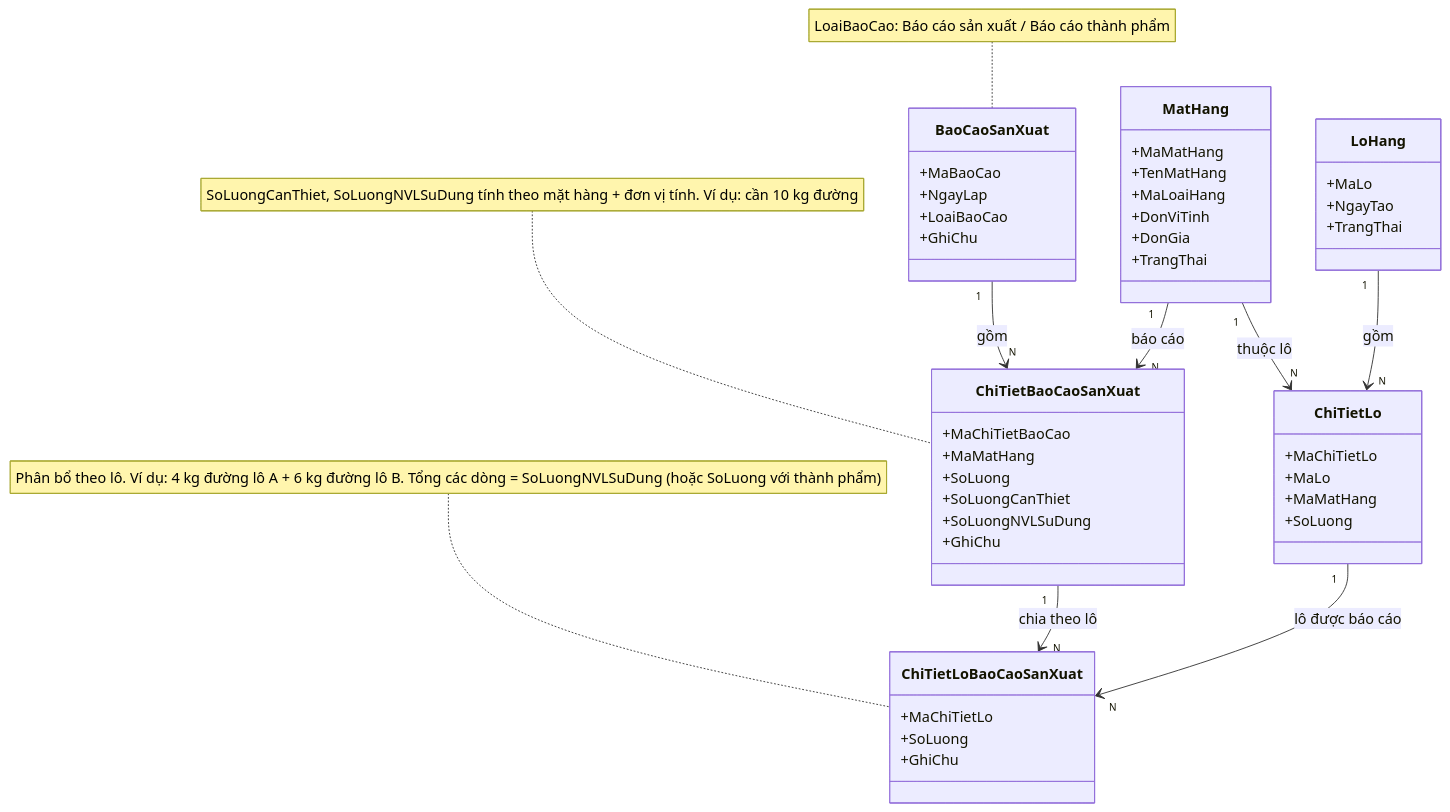
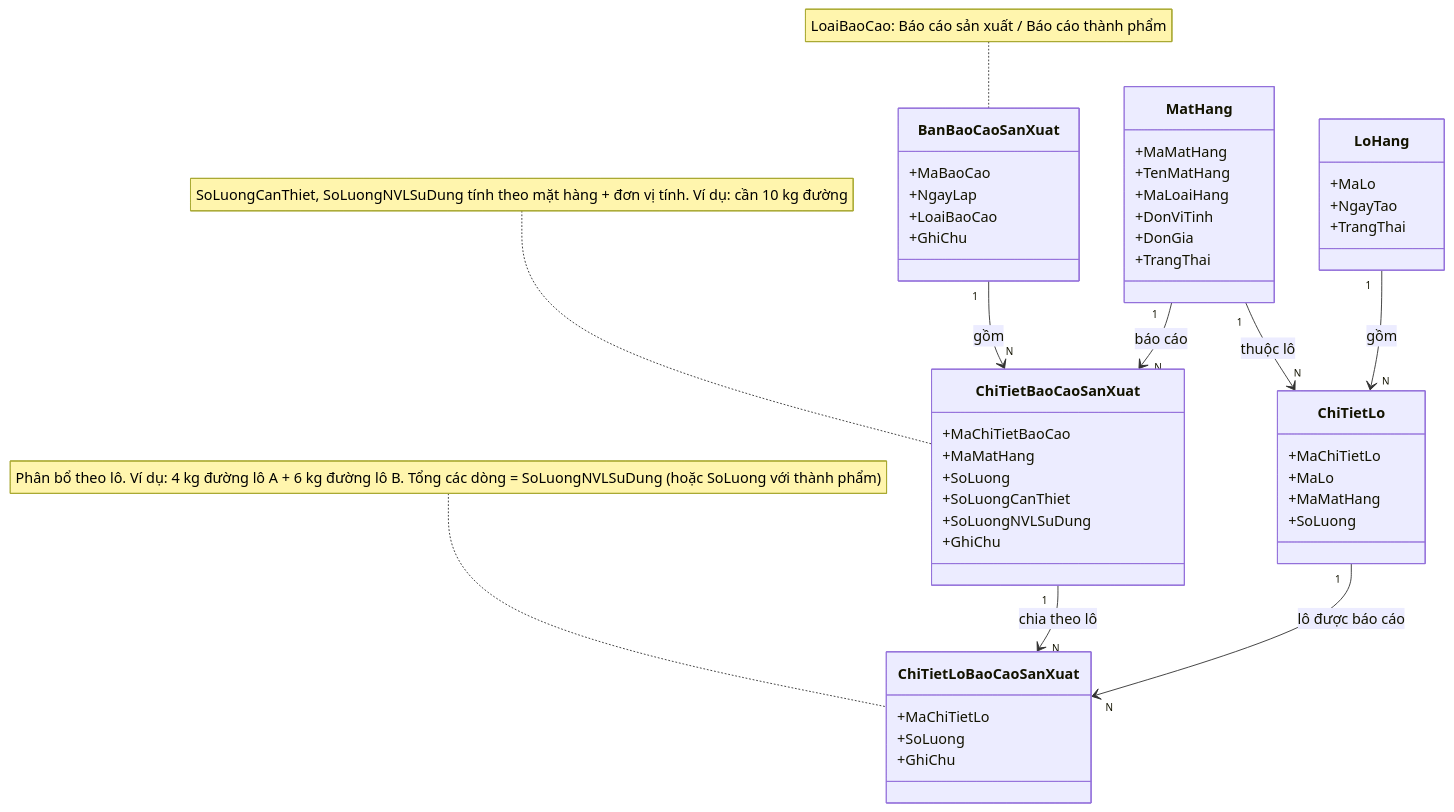
Before and after one commit to vthaix/WarehouseSystem: diagram 12 of 14 in app/docs/DOMAIN_MODEL.md, drawn with Mermaid. The commit also changed other lines of this file, not shown here.

````diff
--- a/app/docs/DOMAIN_MODEL.md
+++ b/app/docs/DOMAIN_MODEL.md
@@ -612,60 +612,60 @@
 ```mermaid
 classDiagram
 
-    class BaoCaoSanXuat {
+    class BanBaoCaoSanXuat {
         +MaBaoCao
         +NgayLap
         +LoaiBaoCao
         +GhiChu
     }
 
     class ChiTietBaoCaoSanXuat {
         +MaChiTietBaoCao
         +MaMatHang
         +SoLuong
         +SoLuongCanThiet
         +SoLuongNVLSuDung
         +GhiChu
     }
 
     class ChiTietLoBaoCaoSanXuat {
         +MaChiTietLo
         +SoLuong
         +GhiChu
     }
 
     class MatHang {
         +MaMatHang
         +TenMatHang
         +MaLoaiHang
         +DonViTinh
         +DonGia
         +TrangThai
     }
 
     class LoHang {
         +MaLo
         +NgayTao
         +TrangThai
     }
 
     class ChiTietLo {
         +MaChiTietLo
         +MaLo
         +MaMatHang
         +SoLuong
     }
 
-    BaoCaoSanXuat "1" --> "N" ChiTietBaoCaoSanXuat : gồm
+    BanBaoCaoSanXuat "1" --> "N" ChiTietBaoCaoSanXuat : gồm
     MatHang "1" --> "N" ChiTietBaoCaoSanXuat : báo cáo
     ChiTietBaoCaoSanXuat "1" --> "N" ChiTietLoBaoCaoSanXuat : chia theo lô
 
     MatHang "1" --> "N" ChiTietLo : thuộc lô
     LoHang "1" --> "N" ChiTietLo : gồm
     ChiTietLo "1" --> "N" ChiTietLoBaoCaoSanXuat : lô được báo cáo
 
-    note for BaoCaoSanXuat "LoaiBaoCao: Báo cáo sản xuất / Báo cáo thành phẩm"
+    note for BanBaoCaoSanXuat "LoaiBaoCao: Báo cáo sản xuất / Báo cáo thành phẩm"
     note for ChiTietBaoCaoSanXuat "SoLuongCanThiet, SoLuongNVLSuDung tính theo mặt hàng + đơn vị tính. Ví dụ: cần 10 kg đường"
     note for ChiTietLoBaoCaoSanXuat "Phân bổ theo lô. Ví dụ: 4 kg đường lô A + 6 kg đường lô B. Tổng các dòng = SoLuongNVLSuDung (hoặc SoLuong với thành phẩm)"
 
 ```
````
